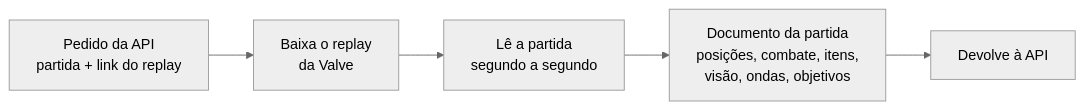
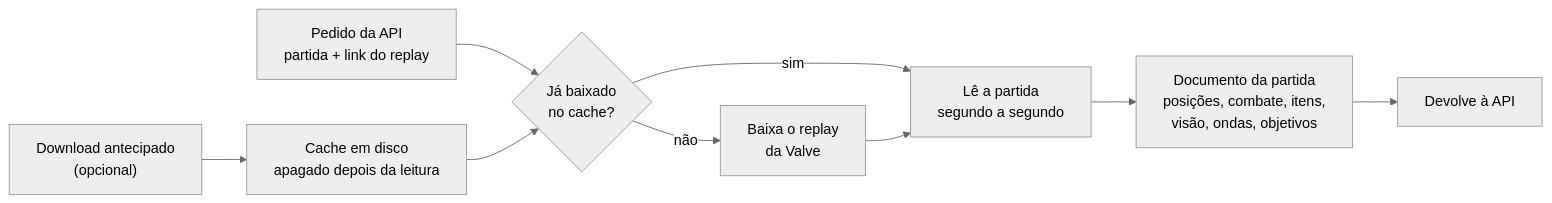
One commit to andreomorg/dota_analyst changed the fifth of 9 diagrams in README.md. Above: the diagram before and after it, drawn with Mermaid (neutral theme). The commit also changed other lines of this file and 2 other files, not shown here.

Commit message:
docs: replay reader diagram with the download-ahead cache
README: the replay reader section explains the optional download ahead (a disk cache
so reading never waits on the internet during a batch) and its diagram shows it.
CLAUDE.md: the prefetch route, cache settings, batch knobs and the 16 MB cap.

````diff
--- a/README.md
+++ b/README.md
@@ -93,7 +95,11 @@
 ```mermaid
 flowchart LR
-    Request["Pedido da API<br/>partida + link do replay"] --> Download["Baixa o replay<br/>da Valve"]
+    Request["Pedido da API<br/>partida + link do replay"] --> Cached{"Já baixado<br/>no cache?"}
+    Prefetch["Download antecipado<br/>(opcional)"] --> Cache["Cache em disco<br/>apagado depois da leitura"]
+    Cache --> Cached
+    Cached -->|"não"| Download["Baixa o replay<br/>da Valve"]
+    Cached -->|"sim"| Read
     Download --> Read["Lê a partida<br/>segundo a segundo"]
     Read --> Document["Documento da partida<br/>posições, combate, itens,<br/>visão, ondas, objetivos"]
     Document --> Back["Devolve à API"]
 ```
````
